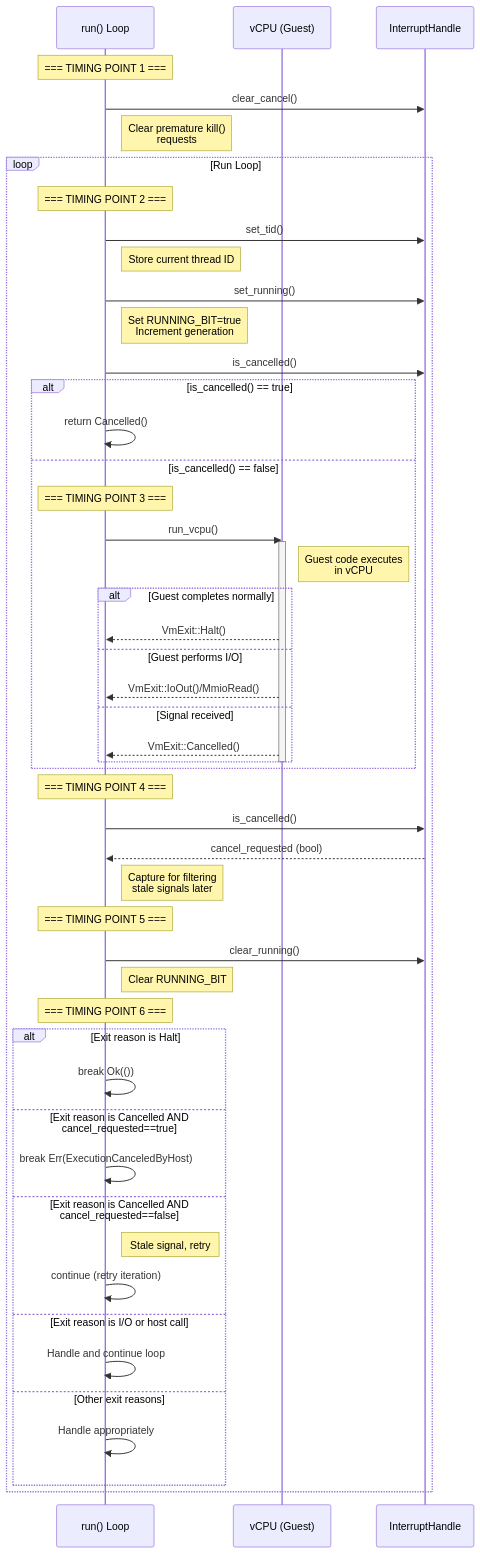
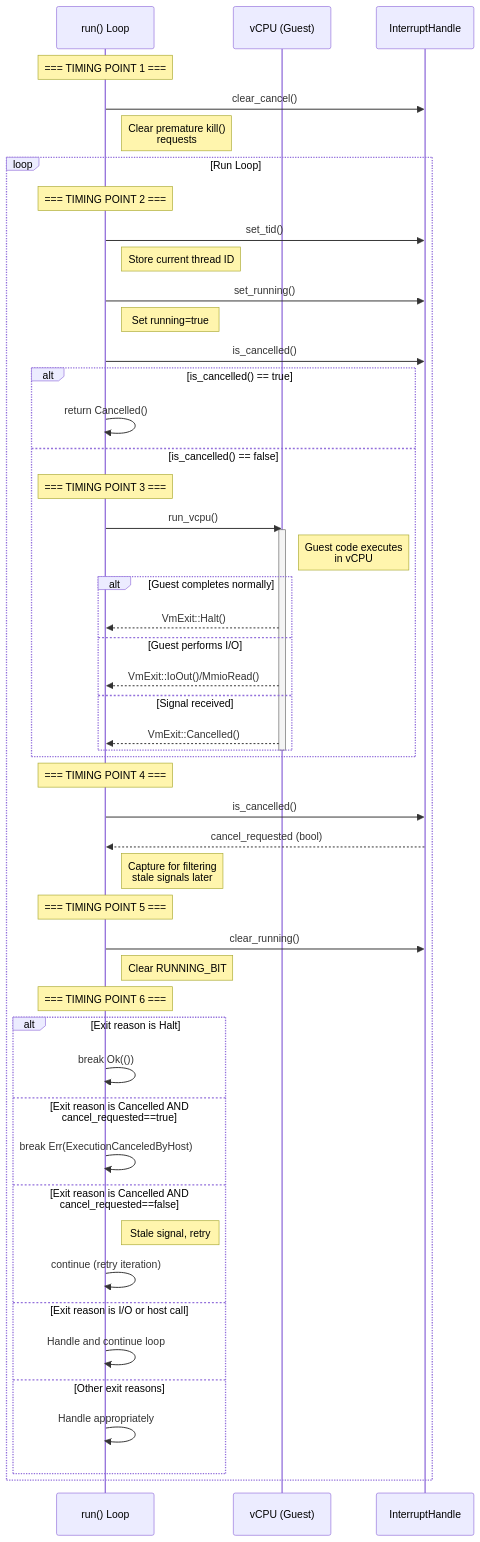
The first of 4 diagrams in docs/cancellation.md (hyperlight-dev/hyperlight), drawn with Mermaid before and after one commit. The commit also changed other lines of this file and 3 other files, not shown here.

````diff
--- a/docs/cancellation.md
+++ b/docs/cancellation.md
@@ -38,62 +32,62 @@
 ```mermaid
 sequenceDiagram
     participant VM as run() Loop
     participant Guest as vCPU (Guest)
     participant IH as InterruptHandle
 
     Note over VM: === TIMING POINT 1 ===
     VM->>IH: clear_cancel()
     Note right of VM: Clear premature kill()<br/>requests
 
     loop Run Loop
         Note over VM: === TIMING POINT 2 ===
         VM->>IH: set_tid()
         Note right of VM: Store current thread ID
         VM->>IH: set_running()
-        Note right of VM: Set RUNNING_BIT=true<br/>Increment generation
+        Note right of VM: Set running=true
 
         VM->>IH: is_cancelled()
         
         alt is_cancelled() == true
             VM->>VM: return Cancelled()
         else is_cancelled() == false
             Note over VM: === TIMING POINT 3 ===
             VM->>Guest: run_vcpu()
             activate Guest
             Note right of Guest: Guest code executes<br/>in vCPU
             
             alt Guest completes normally
                 Guest-->>VM: VmExit::Halt()
             else Guest performs I/O
                 Guest-->>VM: VmExit::IoOut()/MmioRead()
             else Signal received
                 Guest-->>VM: VmExit::Cancelled()
             end
             deactivate Guest
         end
 
         Note over VM: === TIMING POINT 4 ===
         VM->>IH: is_cancelled()
         IH-->>VM: cancel_requested (bool)
         Note right of VM: Capture for filtering<br/>stale signals later
 
         Note over VM: === TIMING POINT 5 ===
         VM->>IH: clear_running()
         Note right of VM: Clear RUNNING_BIT
 
         Note over VM: === TIMING POINT 6 ===
         
         alt Exit reason is Halt
             VM->>VM: break Ok(())
         else Exit reason is Cancelled AND cancel_requested==true
             VM->>VM: break Err(ExecutionCanceledByHost)
         else Exit reason is Cancelled AND cancel_requested==false
             Note right of VM: Stale signal, retry
             VM->>VM: continue (retry iteration)
         else Exit reason is I/O or host call
             VM->>VM: Handle and continue loop
         else Other exit reasons
             VM->>VM: Handle appropriately
         end
     end
 ```
````
